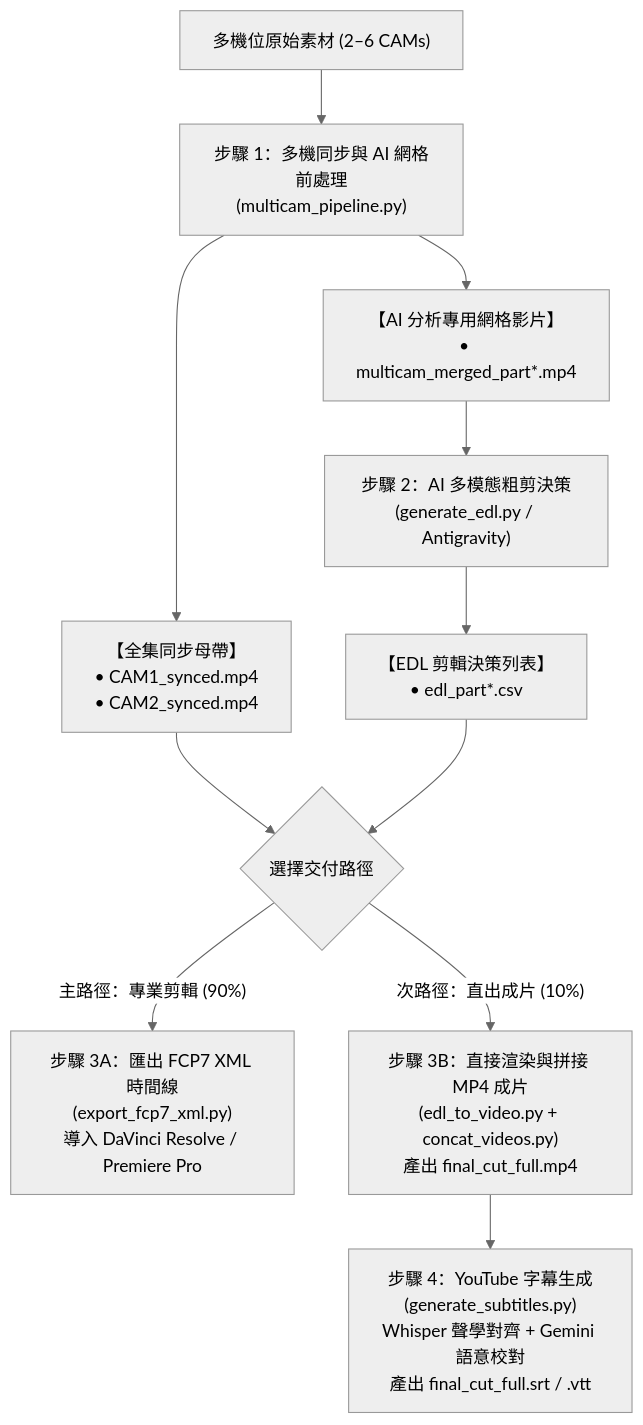
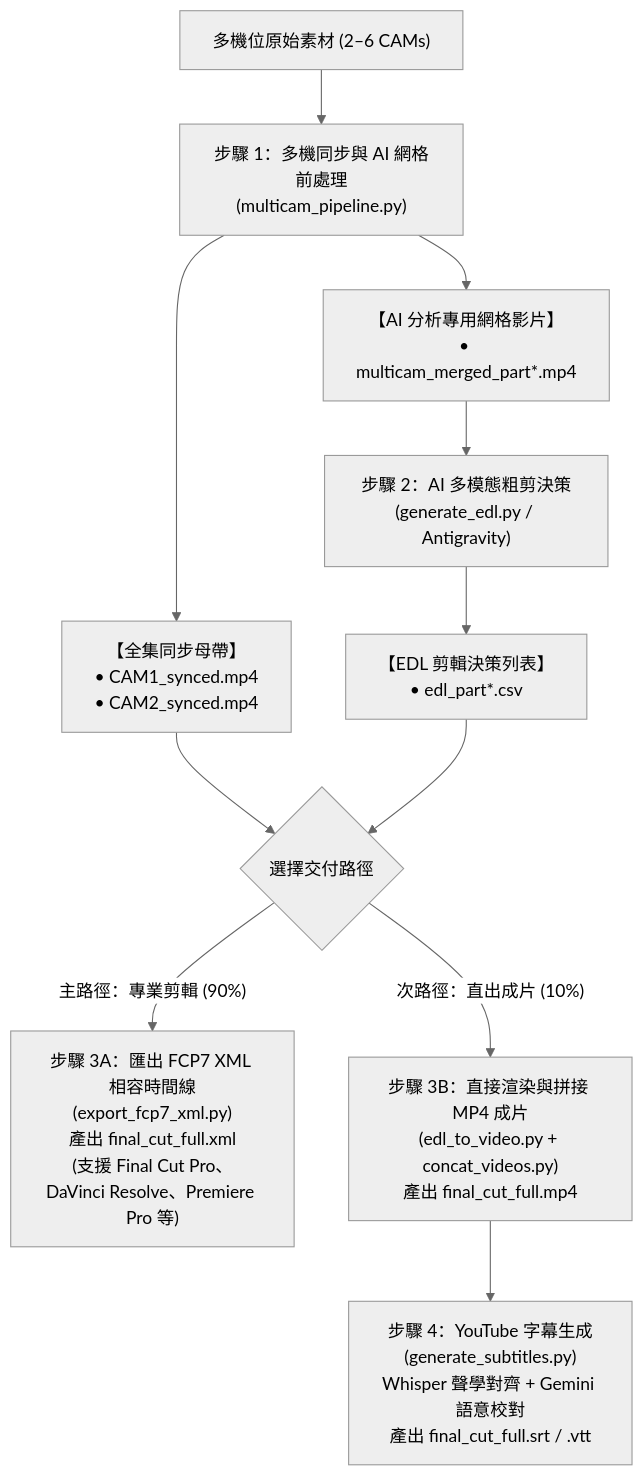
Before and after one commit to sylphlin/multicam-video-preprocessing: the diagram in README.zh-TW.md, drawn with Mermaid (neutral theme). The commit also changed other lines of this file and 3 other files, not shown here.

Commit message:
docs: clarify FCP7 XML timeline format compatibility (Final Cut Pro, DaVinci Resolve, Premiere Pro) in diagrams and step descriptions

````diff
--- a/README.zh-TW.md
+++ b/README.zh-TW.md
@@ -53,18 +53,18 @@
 ```mermaid
 flowchart TD
     A["多機位原始素材 (2–6 CAMs)"] --> B["步驟 1：多機同步與 AI 網格前處理<br/>(multicam_pipeline.py)"]
     
     B --> C["【全集同步母帶】<br/>• CAM1_synced.mp4<br/>• CAM2_synced.mp4"]
     B --> D["【AI 分析專用網格影片】<br/>• multicam_merged_part*.mp4"]
     
     D --> E["步驟 2：AI 多模態粗剪決策<br/>(generate_edl.py / Antigravity)"]
     E --> F["【EDL 剪輯決策列表】<br/>• edl_part*.csv"]
     
     C --> G{"選擇交付路徑"}
     F --> G
     
-    G -->|"主路徑：專業剪輯 (90%)"| H["步驟 3A：匯出 FCP7 XML 時間線<br/>(export_fcp7_xml.py)<br/>導入 DaVinci Resolve / Premiere Pro"]
+    G -->|"主路徑：專業剪輯 (90%)"| H["步驟 3A：匯出 FCP7 XML 相容時間線<br/>(export_fcp7_xml.py)<br/>產出 final_cut_full.xml<br/>(支援 Final Cut Pro、DaVinci Resolve、Premiere Pro 等)"]
     G -->|"次路徑：直出成片 (10%)"| I["步驟 3B：直接渲染與拼接 MP4 成片<br/>(edl_to_video.py + concat_videos.py)<br/>產出 final_cut_full.mp4"]
     
     I --> J["步驟 4：YouTube 字幕生成<br/>(generate_subtitles.py)<br/>Whisper 聲學對齊 + Gemini 語意校對<br/>產出 final_cut_full.srt / .vtt"]
 ```
````
